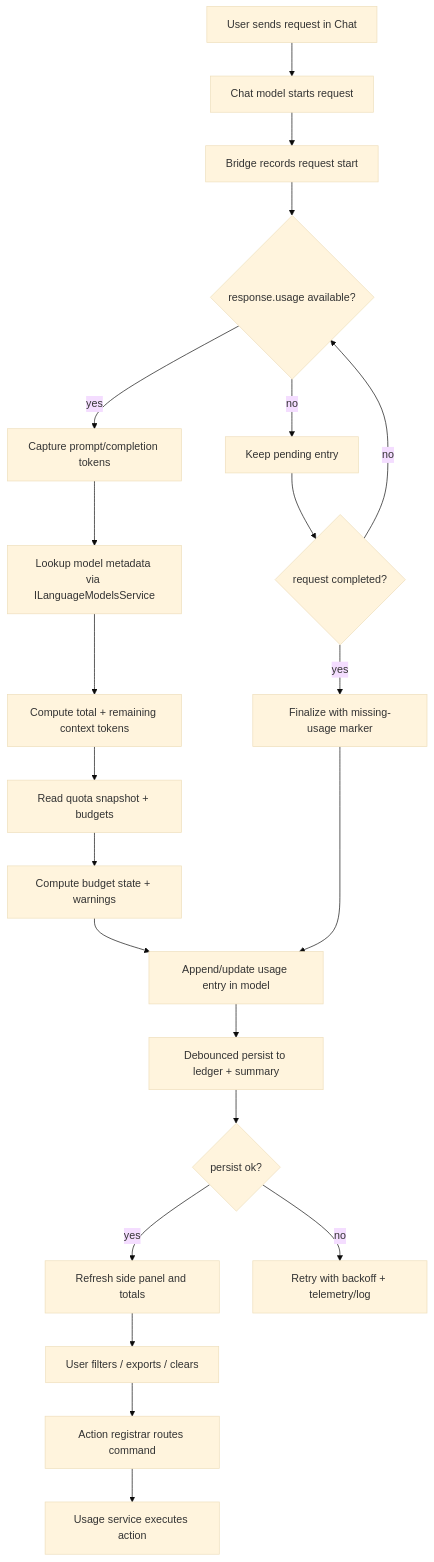
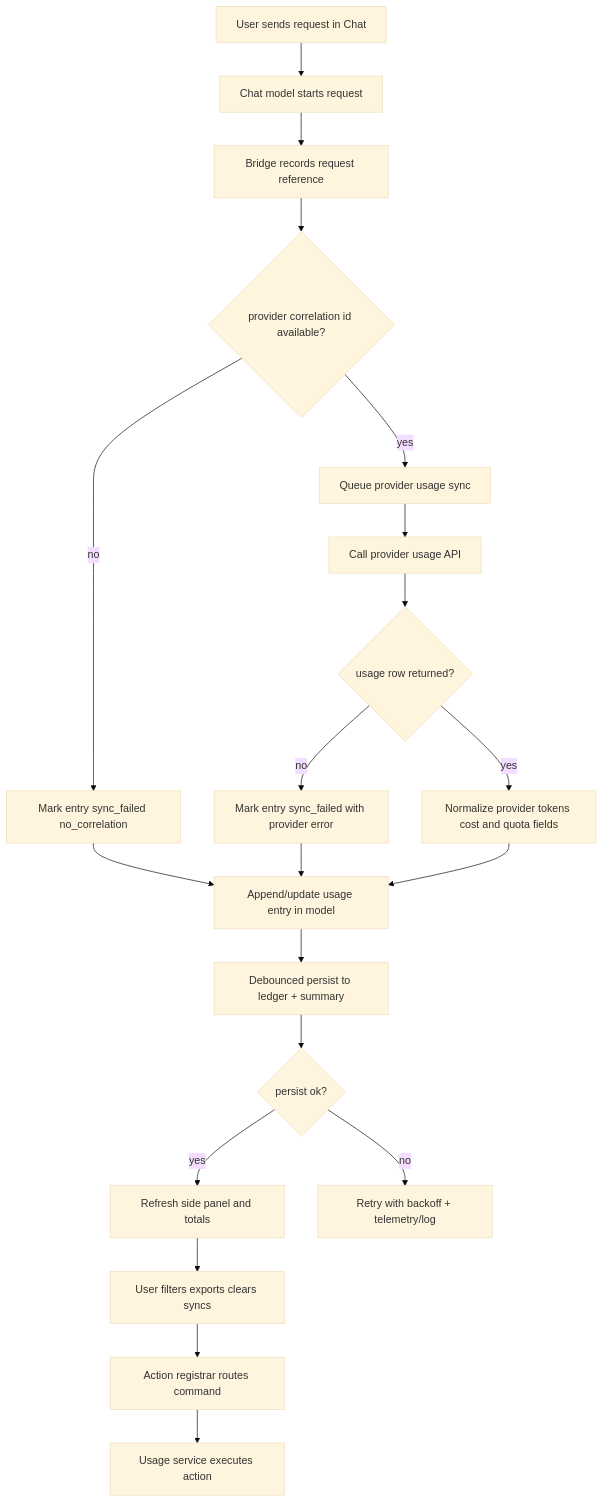
One commit to BrandonHowe/cs485-llm-ide changed the diagram in cs485/diagrams/userstory2/flow-chart-1.mmd. Above: the diagram before and after it, drawn with Mermaid (base theme). The commit also changed 15 other files, not shown here.

```diff
--- a/cs485/diagrams/userstory2/flow-chart-1.mmd
+++ b/cs485/diagrams/userstory2/flow-chart-1.mmd
@@ -1,22 +1,20 @@
 flowchart TD
   A[User sends request in Chat] --> B[Chat model starts request]
-  B --> C[Bridge records request start]
-  C --> D{response.usage available?}
-  D -- no --> E[Keep pending entry]
-  D -- yes --> F[Capture prompt/completion tokens]
-  F --> G[Lookup model metadata via ILanguageModelsService]
-  G --> H[Compute total + remaining context tokens]
-  H --> I[Read quota snapshot + budgets]
-  I --> J[Compute budget state + warnings]
+  B --> C[Bridge records request reference]
+  C --> D{provider correlation id available?}
+  D -- no --> E[Mark entry sync_failed no_correlation]
+  D -- yes --> F[Queue provider usage sync]
+  F --> G[Call provider usage API]
+  G --> H{usage row returned?}
+  H -- no --> I[Mark entry sync_failed with provider error]
+  H -- yes --> J[Normalize provider tokens cost and quota fields]
   J --> K[Append/update usage entry in model]
+  E --> K
+  I --> K
   K --> L[Debounced persist to ledger + summary]
   L --> M{persist ok?}
   M -- yes --> N[Refresh side panel and totals]
   M -- no --> O[Retry with backoff + telemetry/log]
-  E --> P{request completed?}
-  P -- no --> D
-  P -- yes --> Q[Finalize with missing-usage marker]
-  Q --> K
-  N --> R[User filters / exports / clears]
-  R --> S[Action registrar routes command]
-  S --> T[Usage service executes action]
+  N --> P[User filters exports clears syncs]
+  P --> Q[Action registrar routes command]
+  Q --> R[Usage service executes action]
```
